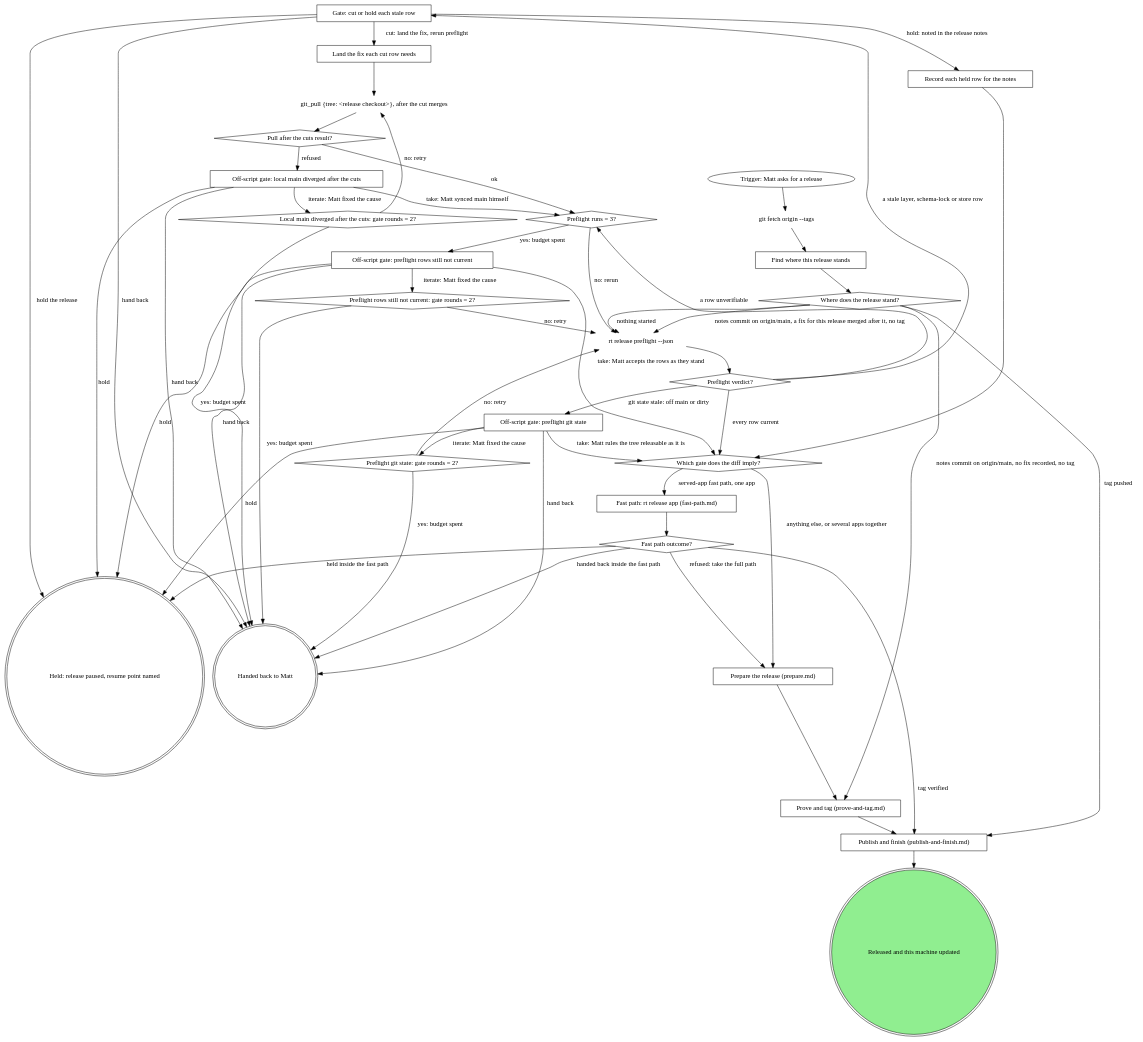
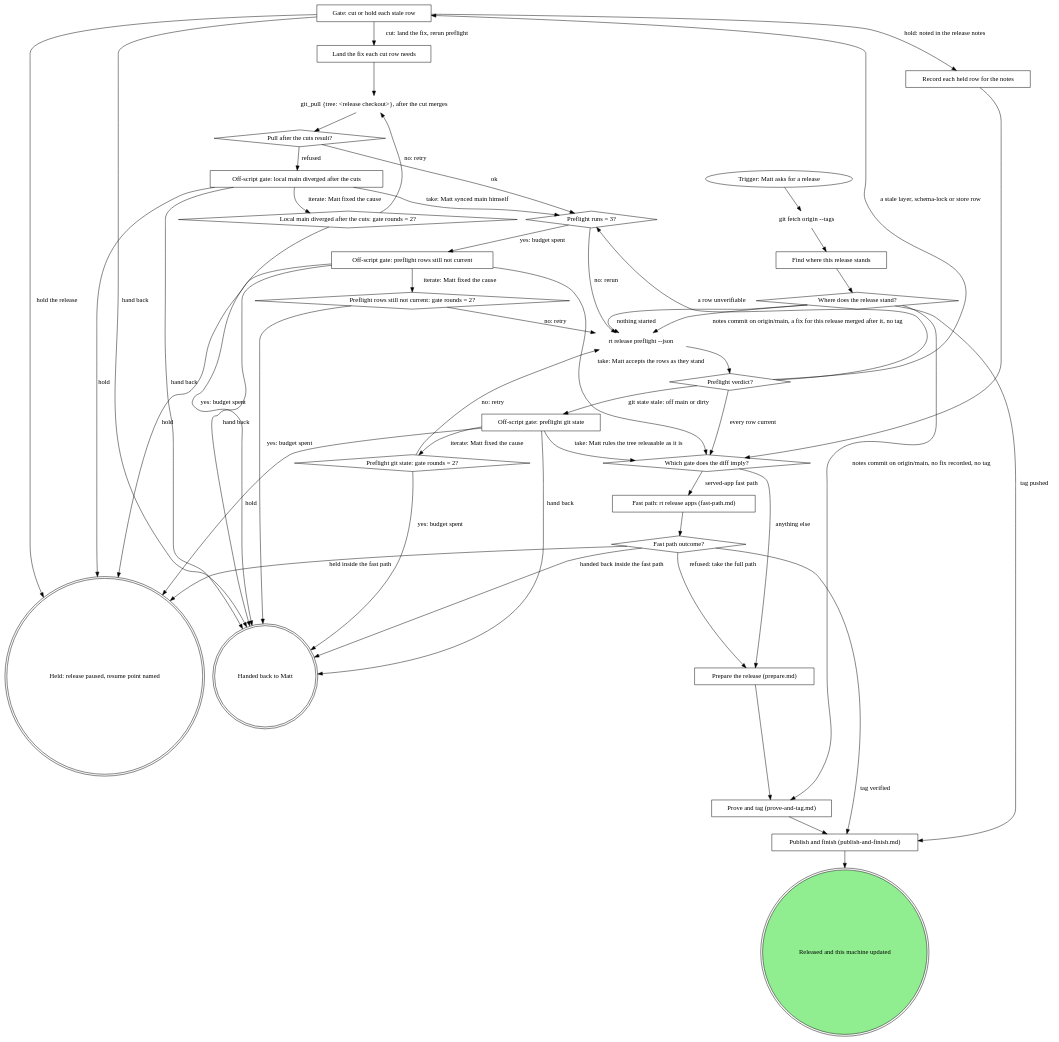
One commit to m4ttstack/mattstack changed the diagram in skills/rt-release/SKILL.md. Above: the diagram before and after it, drawn with Graphviz. The commit also changed other lines of this file and 1 other file, not shown here.

Commit message:
rt-release skill: the fast path ships every served app that moved, kits included

```diff
--- a/skills/rt-release/SKILL.md
+++ b/skills/rt-release/SKILL.md
@@ -43,7 +43,7 @@
     "Land the fix each cut row needs" [shape=box];
     "Record each held row for the notes" [shape=box];
     "Which gate does the diff imply?" [shape=diamond];
-    "Fast path: rt release app (fast-path.md)" [shape=box];
+    "Fast path: rt release apps (fast-path.md)" [shape=box];
     "Fast path outcome?" [shape=diamond];
     "Prepare the release (prepare.md)" [shape=box];
     "Prove and tag (prove-and-tag.md)" [shape=box];
@@ -98,9 +98,9 @@
     "Local main diverged after the cuts: gate rounds = 2?" -> "Handed back to Matt" [label="yes: budget spent"];
     "Pull after the cuts result?" -> "Off-script gate: local main diverged after the cuts" [label="refused"];
     "Record each held row for the notes" -> "Which gate does the diff imply?";
-    "Which gate does the diff imply?" -> "Fast path: rt release app (fast-path.md)" [label="served-app fast path, one app"];
-    "Which gate does the diff imply?" -> "Prepare the release (prepare.md)" [label="anything else, or several apps together"];
-    "Fast path: rt release app (fast-path.md)" -> "Fast path outcome?";
+    "Which gate does the diff imply?" -> "Fast path: rt release apps (fast-path.md)" [label="served-app fast path"];
+    "Which gate does the diff imply?" -> "Prepare the release (prepare.md)" [label="anything else"];
+    "Fast path: rt release apps (fast-path.md)" -> "Fast path outcome?";
     "Fast path outcome?" -> "Publish and finish (publish-and-finish.md)" [label="tag verified"];
     "Fast path outcome?" -> "Prepare the release (prepare.md)" [label="refused: take the full path"];
     "Fast path outcome?" -> "Held: release paused, resume point named" [label="held inside the fast path"];
```
